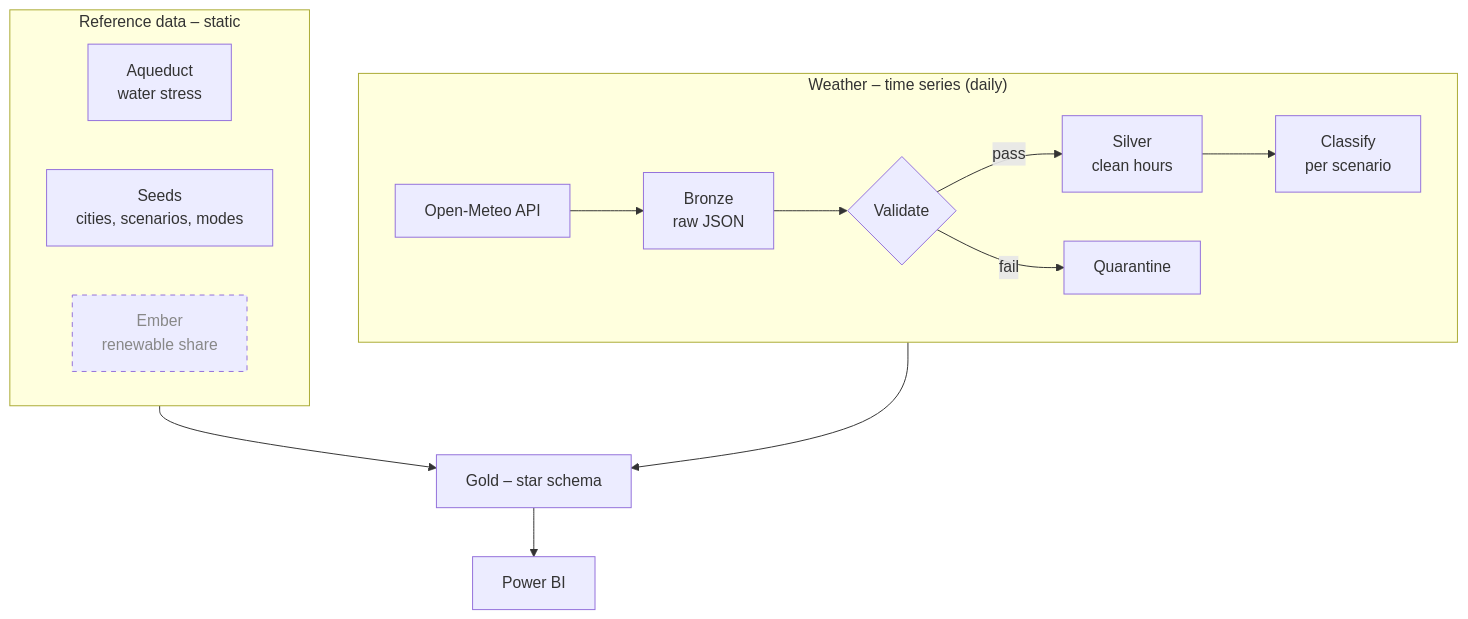
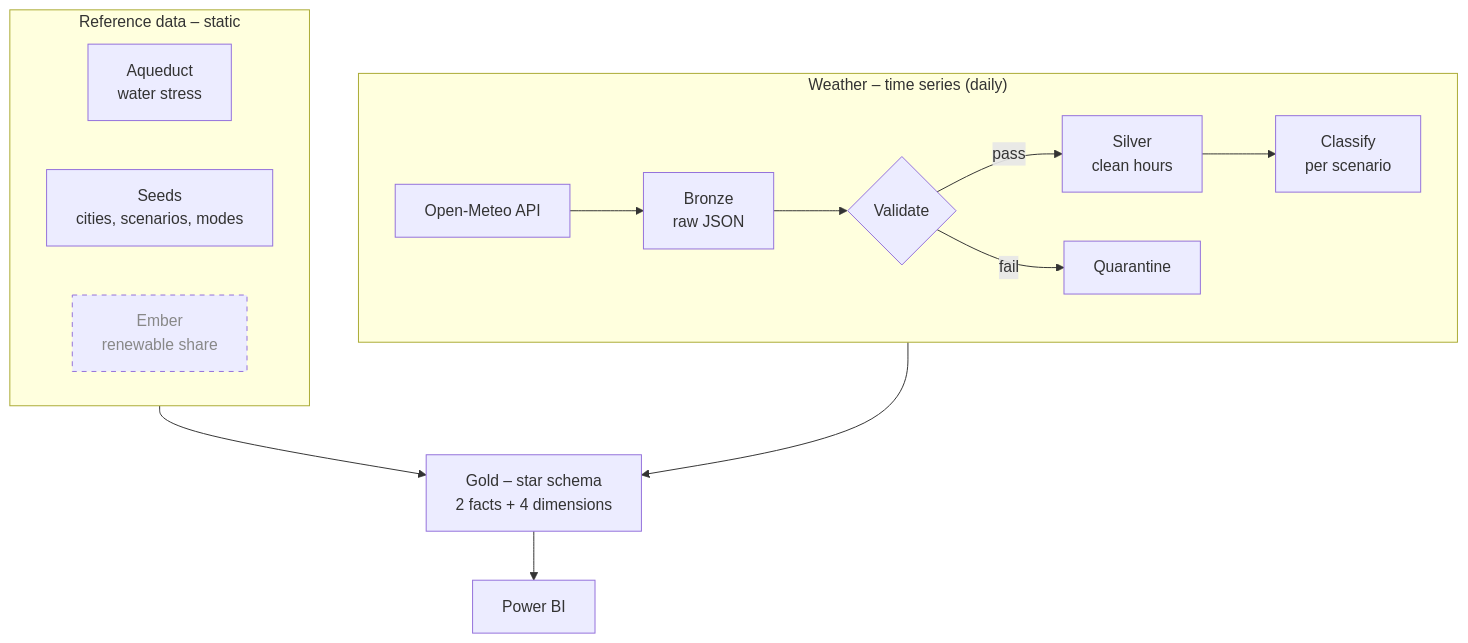
Before and after one commit to ncg2si/coolsite: the diagram in docs/architecture.md, drawn with Mermaid. The commit also changed 2 other files, not shown here.

Commit message:
Docs: current architecture, first results, risks; slim data model

````diff
--- a/docs/architecture.md
+++ b/docs/architecture.md
@@ -5,24 +5,24 @@
 ```mermaid
 flowchart TB
     subgraph TS["Weather – time series (daily)"]
         direction LR
         OM["Open-Meteo API"] --> BR["Bronze<br/>raw JSON"]
         BR --> VAL{"Validate"}
         VAL -- pass --> SV["Silver<br/>clean hours"]
         VAL -- fail --> Q["Quarantine"]
         SV --> CL["Classify<br/>per scenario"]
     end
 
     subgraph RF["Reference data – static"]
         direction LR
         AQ["Aqueduct<br/>water stress"]
         SEED["Seeds<br/>cities, scenarios, modes"]
         EM["Ember<br/>renewable share"]:::planned
     end
 
-    CL --> GD["Gold – star schema"]
+    CL --> GD["Gold – star schema<br/>2 facts + 4 dimensions"]
     RF --> GD
     GD --> PBI["Power BI"]
 
     classDef planned stroke-dasharray: 5 5,color:#888
 ```
````
